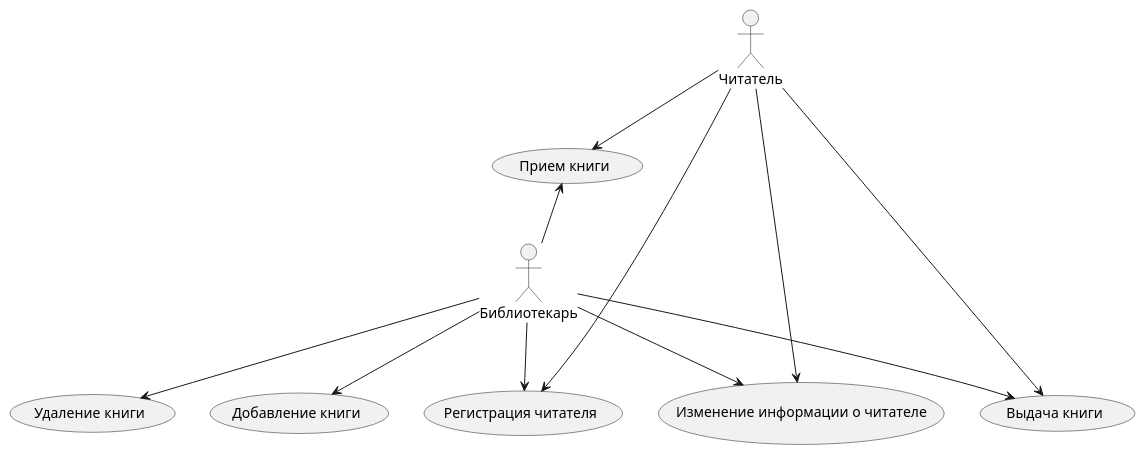
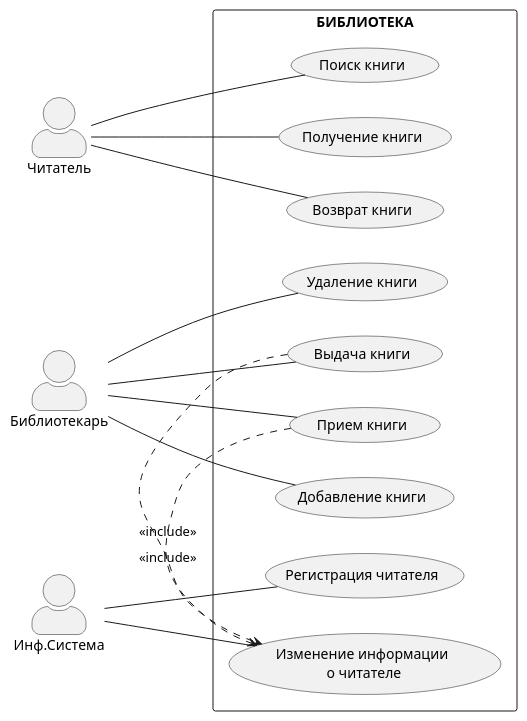
Before and after one commit to IrmA-ErroR/TMP: the diagram in lab_1/task.puml, drawn with PlantUML. The commit also changed 16 other files, not shown here.

```diff
--- a/lab_1/task.puml
+++ b/lab_1/task.puml
@@ -1,27 +1,34 @@
 @startuml "Сценарий"
+left to right direction
+skinparam actorStyle awesome
+skinparam packageStyle rectangle
 actor Читатель
 actor Библиотекарь
-
-usecase "Добавление книги" as UC1
-usecase "Удаление книги" as UC2
-usecase "Регистрация читателя" as UC3
-usecase "Изменение информации о читателе" as UC4
-usecase "Выдача книги" as UC5
-usecase "Прием книги" as UC6
+actor Инф.Система
 
 
+rectangle БИБЛИОТЕКА{
 
-Читатель --> UC6
-Библиотекарь --> UC1
-Библиотекарь --> UC2
-Библиотекарь --> UC3
-Библиотекарь --> UC4
-Библиотекарь --> UC5
+  
+  Библиотекарь -- (Добавление книги)
+  Библиотекарь -- (Удаление книги)
+  
+  Инф.Система -- (Регистрация читателя)
+  Инф.Система -- (Изменение информации\n о читателе)
+  
+  Библиотекарь -- (Выдача книги)
+  Библиотекарь -- (Прием книги)
+   
 
+  Читатель-- (Поиск книги)
+  Читатель-- (Получение книги)
+  Читатель-- (Возврат книги)
 
+  
+  
+  (Выдача книги) .> (Изменение информации\n о читателе) : <<include>>
+  (Прием книги) .> (Изменение информации\n о читателе) : <<include>>
+  
 
-UC3 <-- Читатель
-UC4 <-- Читатель
-UC5 <-- Читатель
-UC6 <-- Библиотекарь
+}
 @enduml
```
